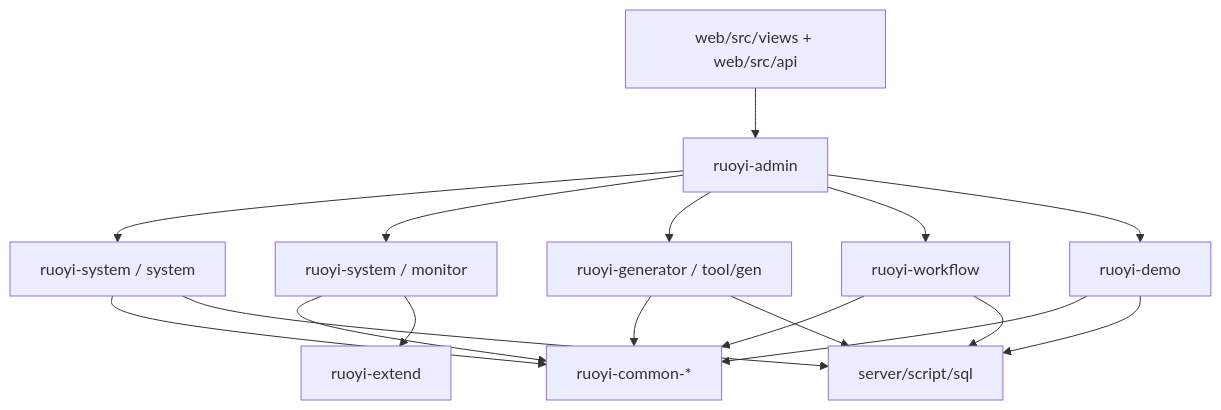
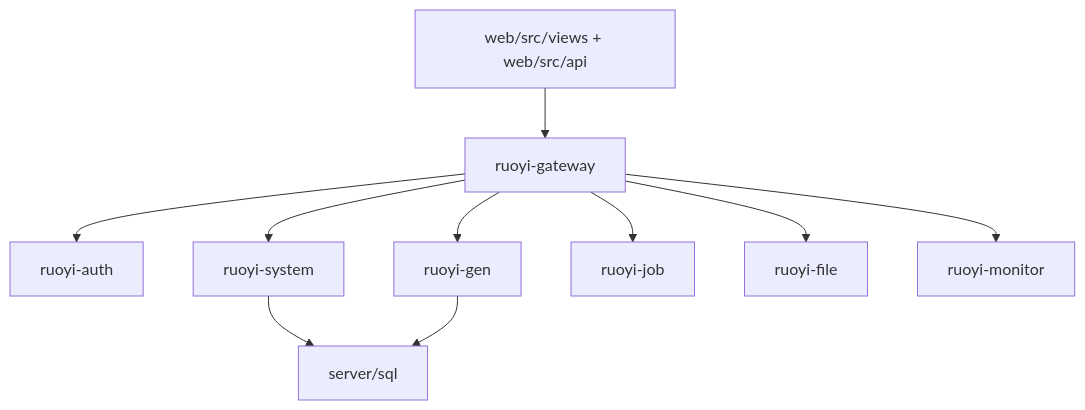
One commit to KoshiroPeng/HarnessBase changed the diagram in docs/design/feature-admin-domains.md. Above: the diagram before and after it, drawn with Mermaid. The commit also changed other lines of this file and 59 other files, not shown here.

````diff
--- a/docs/design/feature-admin-domains.md
+++ b/docs/design/feature-admin-domains.md
@@ -31,30 +29,22 @@
 ```mermaid
 flowchart TD
     Web["web/src/views + web/src/api"]
-    Admin["ruoyi-admin"]
-    System["ruoyi-system / system"]
-    Monitor["ruoyi-system / monitor"]
-    Gen["ruoyi-generator / tool/gen"]
-    Workflow["ruoyi-workflow"]
-    Demo["ruoyi-demo"]
-    Common["ruoyi-common-*"]
-    SQL["server/script/sql"]
-    Extend["ruoyi-extend"]
+    Gateway["ruoyi-gateway"]
+    Auth["ruoyi-auth"]
+    System["ruoyi-system"]
+    Gen["ruoyi-gen"]
+    Job["ruoyi-job"]
+    File["ruoyi-file"]
+    Monitor["ruoyi-monitor"]
+    SQL["server/sql"]
 
-    Web --> Admin
-    Admin --> System
-    Admin --> Monitor
-    Admin --> Gen
-    Admin --> Workflow
-    Admin --> Demo
-    System --> Common
-    Monitor --> Common
-    Gen --> Common
-    Workflow --> Common
-    Demo --> Common
+    Web --> Gateway
+    Gateway --> Auth
+    Gateway --> System
+    Gateway --> Gen
+    Gateway --> Job
+    Gateway --> File
+    Gateway --> Monitor
     System --> SQL
-    Workflow --> SQL
     Gen --> SQL
-    Demo --> SQL
-    Monitor --> Extend
 ```
````
